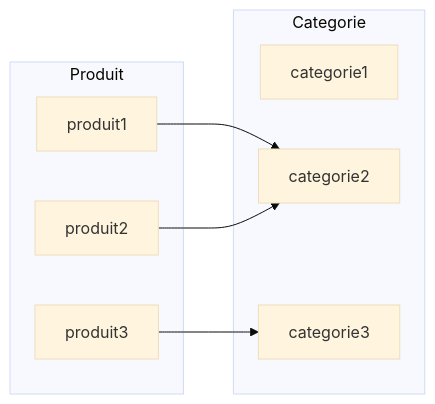
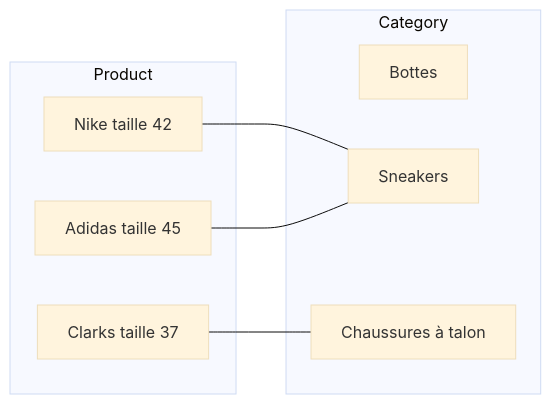
One commit to CHAOUCHI/parcours_cda changed the eighth of 9 diagrams in SQL/Course/Apprendre le SQL.md. Above: the diagram before and after it, drawn with Mermaid (base theme). The commit also changed other lines of this file and 11 other files, not shown here.

````diff
--- a/SQL/Course/Apprendre le SQL.md
+++ b/SQL/Course/Apprendre le SQL.md
@@ -286,17 +511,17 @@
 ```mermaid
 flowchart LR
-subgraph Produit
-    produit1
-    produit2
-    produit3
+subgraph Product
+    produit1["Nike taille 42"]
+    produit2["Adidas taille 45"]
+    produit3["Clarks taille 37"]
 
 end
-subgraph Categorie
-    categorie1
-    categorie2
-    categorie3
+subgraph Category
+    categorie1["Bottes"]
+    categorie2["Sneakers"]
+    categorie3["Chaussures à talon"]
 end
-produit1-->categorie2
-produit2-->categorie2
-produit3-->categorie3
+produit1---categorie2
+produit2---categorie2
+produit3---categorie3
 ```
````
